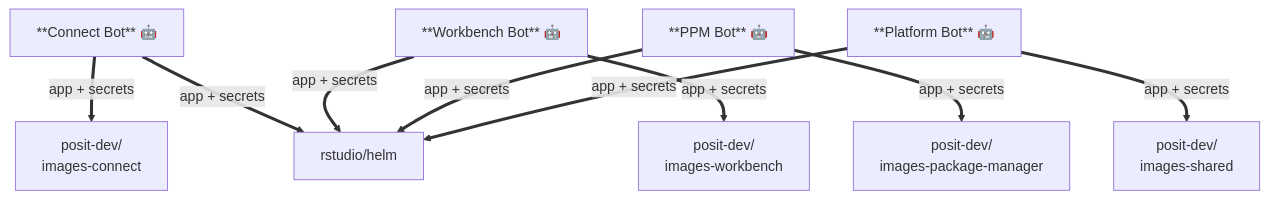
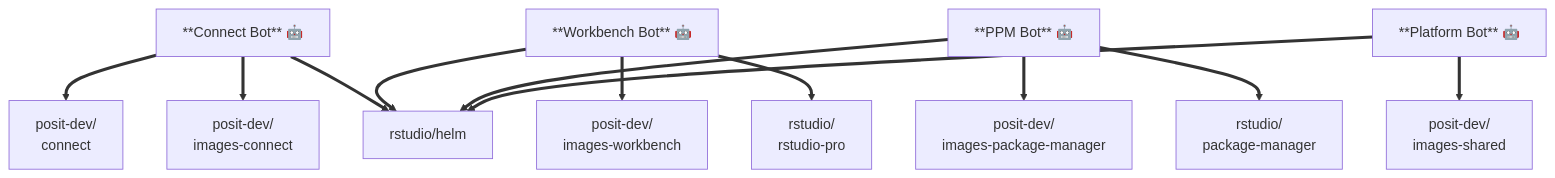
Before and after one commit to posit-dev/images-shared: the first of 5 diagrams in pulumi/github/github-apps/README.md, drawn with Mermaid. The commit also changed other lines of this file and 2 other files, not shown here.

````diff
--- a/pulumi/github/github-apps/README.md
+++ b/pulumi/github/github-apps/README.md
@@ -36,19 +36,22 @@
 ```mermaid
 graph TD
     CB["**Connect Bot** 🤖"]
     WB["**Workbench Bot** 🤖"]
     PB["**PPM Bot** 🤖"]
     PLB["**Platform Bot** 🤖"]
 
-    CB ==>|app + secrets| IC["posit-dev/<br/>images-connect"]
-    CB ==>|app + secrets| HELM["rstudio/helm"]
+    CB ==> PCT["posit-dev/<br/>connect"]
+    CB ==> IC["posit-dev/<br/>images-connect"]
+    CB ==> HELM["rstudio/helm"]
 
-    WB ==>|app + secrets| IW["posit-dev/<br/>images-workbench"]
-    WB ==>|app + secrets| HELM
+    WB ==> IW["posit-dev/<br/>images-workbench"]
+    WB ==> RSP["rstudio/<br/>rstudio-pro"]
+    WB ==> HELM
 
-    PB ==>|app + secrets| IP["posit-dev/<br/>images-package-manager"]
-    PB ==>|app + secrets| HELM
+    PB ==> IP["posit-dev/<br/>images-package-manager"]
+    PB ==> PPM["rstudio/<br/>package-manager"]
+    PB ==> HELM
 
-    PLB ==>|app + secrets| IS["posit-dev/<br/>images-shared"]
-    PLB ==>|app + secrets| HELM
+    PLB ==> IS["posit-dev/<br/>images-shared"]
+    PLB ==> HELM
 ```
````
